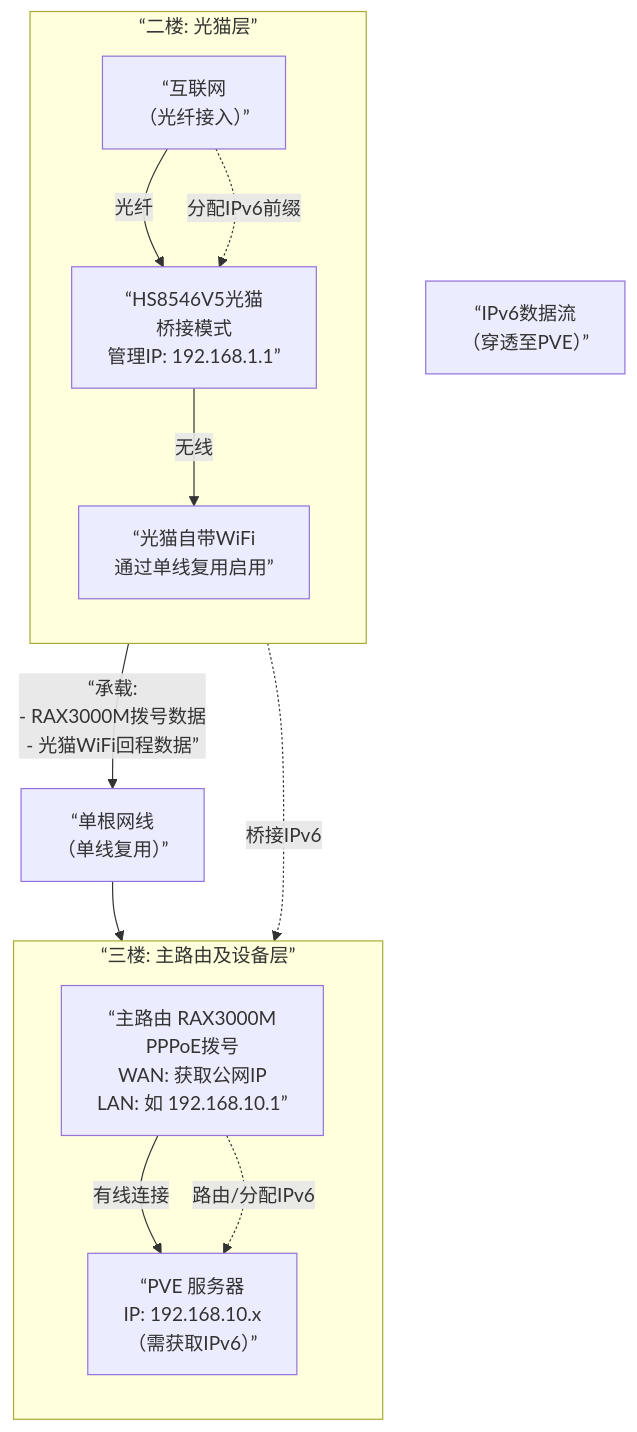
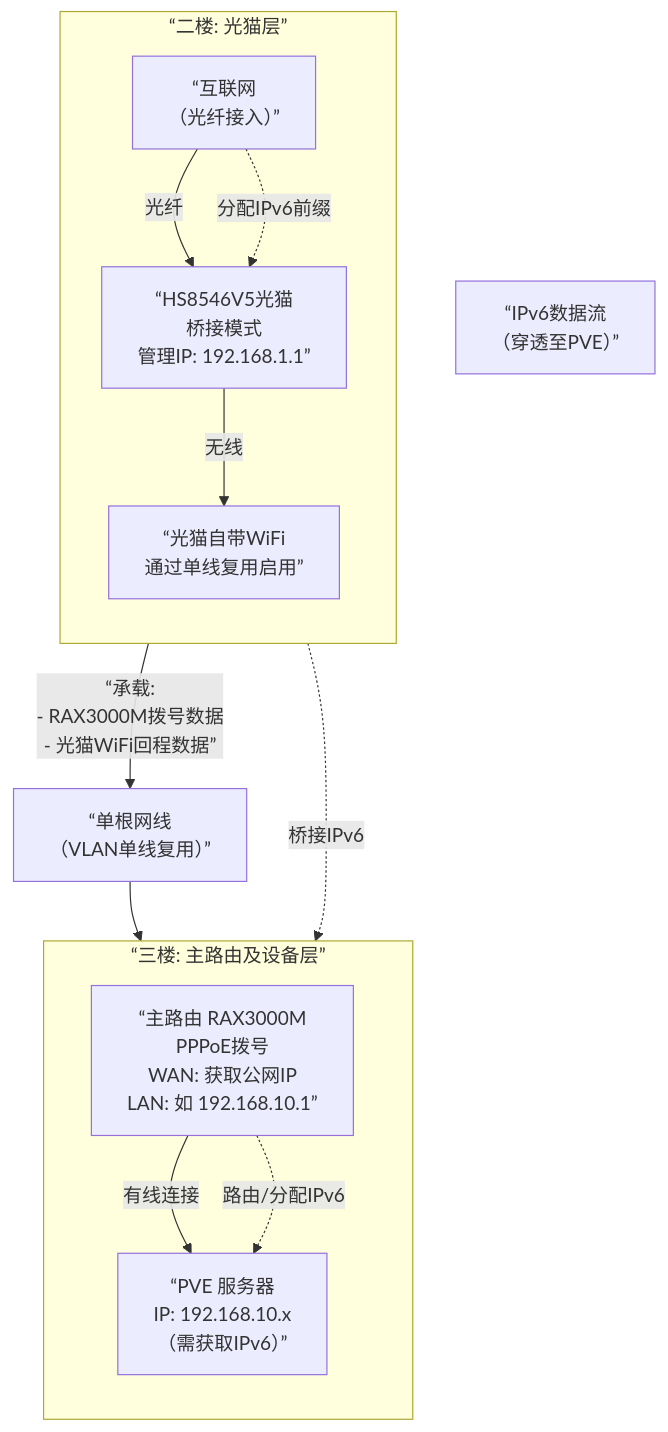
One commit to ALRCMt/personal-web changed the second of 2 diagrams in index.md. Above: the diagram before and after it, drawn with Mermaid. The commit also changed other lines of this file, not shown here.

````diff
--- a/index.md
+++ b/index.md
@@ -103,30 +103,30 @@
 ```mermaid
 flowchart TD
     subgraph A [“二楼: 光猫层”]
         direction TB
         A1[“互联网</br>（光纤接入）”]
         A2[“HS8546V5光猫</br>桥接模式</br>管理IP: 192.168.1.1”]
         A3[“光猫自带WiFi</br>通过单线复用启用”]
         A1 -- 光纤 --> A2
         A2 -- 无线 --> A3
     end
 
     subgraph C [“三楼: 主路由及设备层”]
         direction TB
         C1[“主路由 RAX3000M</br>PPPoE拨号</br>WAN: 获取公网IP</br>LAN: 如 192.168.10.1”]
         C2[“PVE 服务器</br>IP: 192.168.10.x</br>（需获取IPv6）”]
         C1 -- 有线连接 --> C2
     end
 
-    B[“单根网线</br>（单线复用）”]
+    B[“单根网线</br>（VLAN单线复用）”]
 
     A2 -- “承载:</br>- RAX3000M拨号数据</br>- 光猫WiFi回程数据” --> B
     B --> C1
 
     D[“IPv6数据流</br>（穿透至PVE）”]
 
     A1 -.->|分配IPv6前缀| A2
     A2 -.->|桥接IPv6| C1
     C1 -.->|路由/分配IPv6| C2
     
 ```
````
